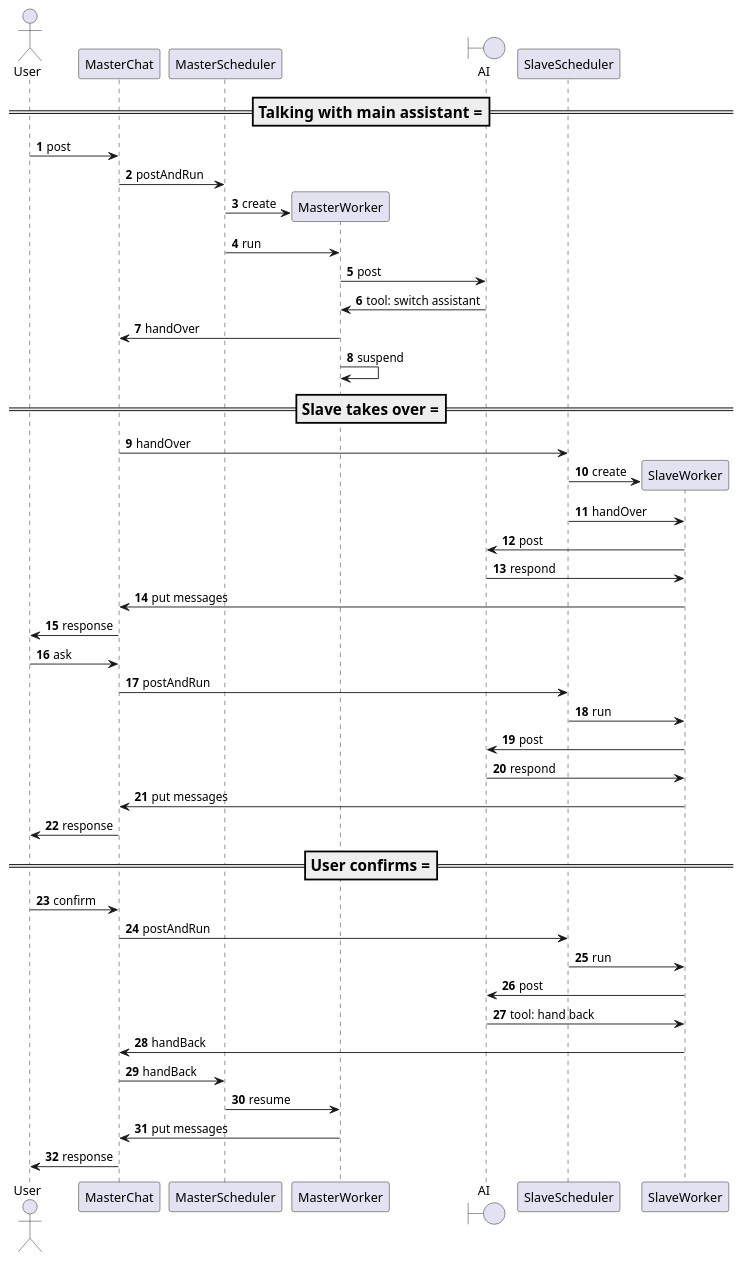
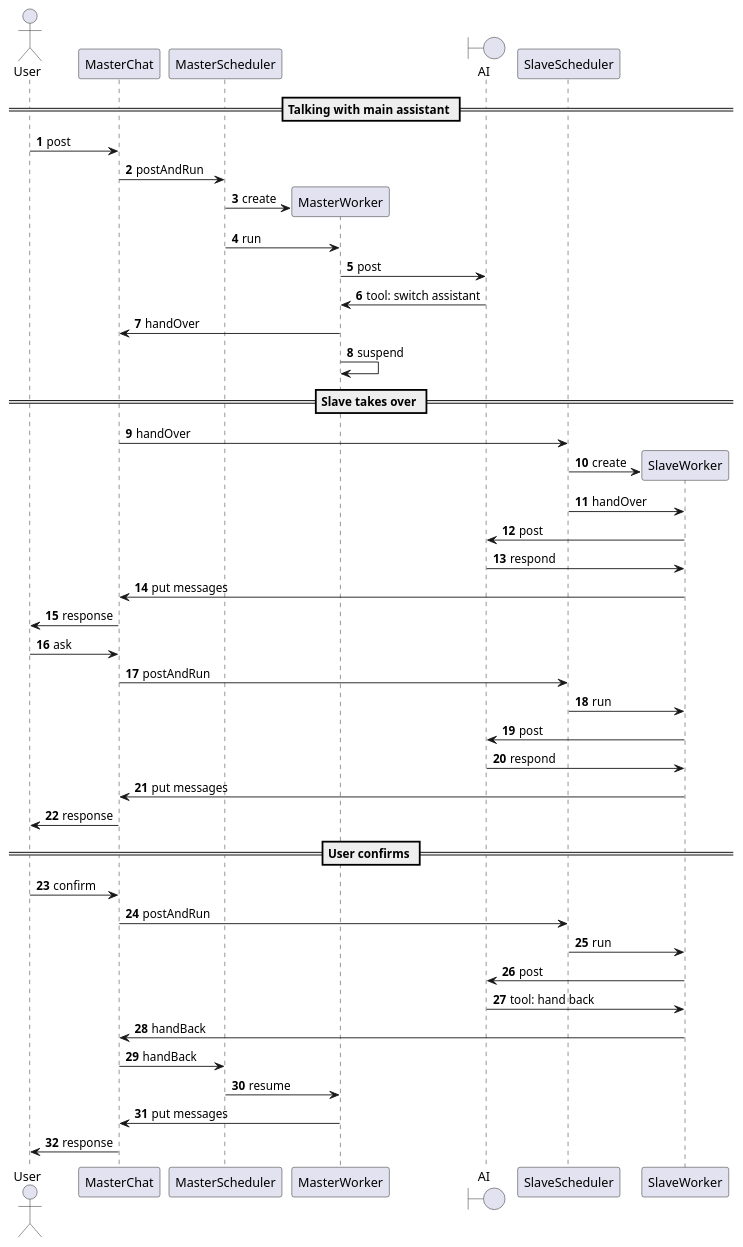
Before and after one commit to motorro/firebase-ai-chat: the diagram in core/doc/HandingOver.puml, drawn with PlantUML. The commit also changed 152 other files, not shown here.

```diff
--- a/core/doc/HandingOver.puml
+++ b/core/doc/HandingOver.puml
@@ -1,56 +1,56 @@
 @startuml
 'https://plantuml.com/sequence-diagram
 
 autonumber
 
 actor User
 participant MasterChat
 participant MasterScheduler
 participant MasterWorker
 boundary AI
 participant SlaveScheduler
 participant SlaveWorker
 
-=== Talking with main assistant ===
+== Talking with main assistant ==
 User -> MasterChat: post
 MasterChat -> MasterScheduler: postAndRun
 create MasterWorker
 MasterScheduler -> MasterWorker: create
 MasterScheduler -> MasterWorker: run
 MasterWorker -> AI: post
 AI -> MasterWorker: tool: switch assistant
 
 MasterWorker -> MasterChat: handOver
 MasterWorker -> MasterWorker: suspend
 
-=== Slave takes over ===
+== Slave takes over ==
 MasterChat -> SlaveScheduler: handOver
 create SlaveWorker
 SlaveScheduler -> SlaveWorker: create
 SlaveScheduler -> SlaveWorker: handOver
 SlaveWorker -> AI: post
 AI -> SlaveWorker: respond
 SlaveWorker -> MasterChat: put messages
 MasterChat -> User: response
 
 User -> MasterChat: ask
 MasterChat -> SlaveScheduler: postAndRun
 SlaveScheduler -> SlaveWorker: run
 SlaveWorker -> AI: post
 AI -> SlaveWorker: respond
 SlaveWorker -> MasterChat: put messages
 MasterChat -> User: response
 
-=== User confirms ===
+== User confirms ==
 User -> MasterChat: confirm
 MasterChat -> SlaveScheduler: postAndRun
 SlaveScheduler -> SlaveWorker: run
 SlaveWorker -> AI: post
 AI -> SlaveWorker: tool: hand back
 SlaveWorker -> MasterChat: handBack
 MasterChat -> MasterScheduler: handBack
 MasterScheduler -> MasterWorker: resume
 MasterWorker -> MasterChat: put messages
 MasterChat -> User: response
 
 @enduml
```
